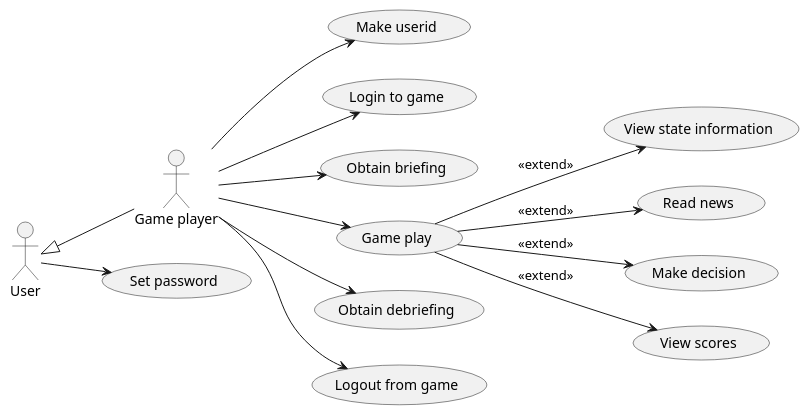
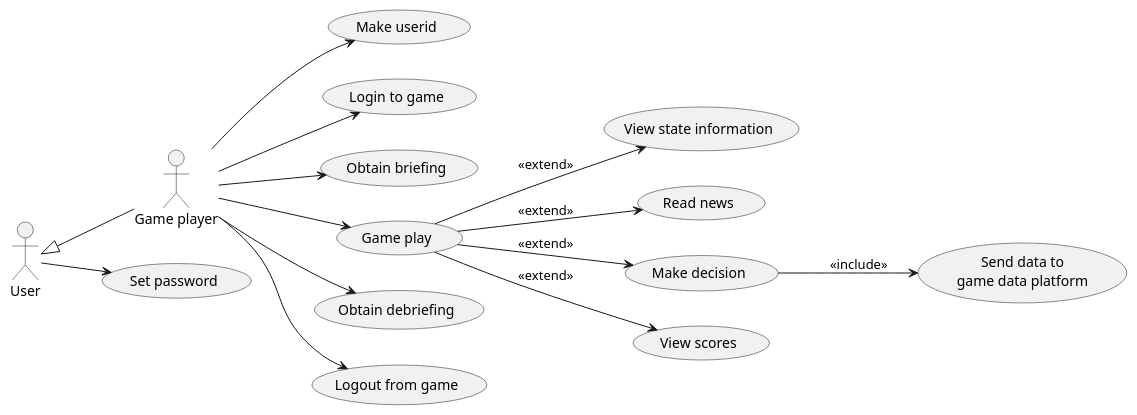
The diagram in doc/1-use-cases/diagrams/game-play.puml (averbraeck/gscg-design), drawn with PlantUML before and after one commit. The commit also changed 1 other file, not shown here.

Commit message:
Add send data to data game platform in two diagrams

```diff
--- a/doc/1-use-cases/diagrams/game-play.puml
+++ b/doc/1-use-cases/diagrams/game-play.puml
@@ -1,24 +1,26 @@
 @startuml
 left to right direction
 
 "Game player" as GP
 User <|-- GP
 
 User --> (Set password)
 
 GP --> (Make userid)
 GP --> (Login to game)
 
 GP --> (Obtain briefing)
 
 GP --> (Game play)
 (Game play) --> (View state information) : << extend >>
 (Game play) --> (Read news) : << extend >>
 (Game play) --> (Make decision) : << extend >>
 (Game play) --> (View scores) : << extend >>
 
+(Make decision) --> (Send data to\ngame data platform) : << include >>
+
 GP --> (Obtain debriefing)
 
 GP --> (Logout from game)
 
 @enduml
```
